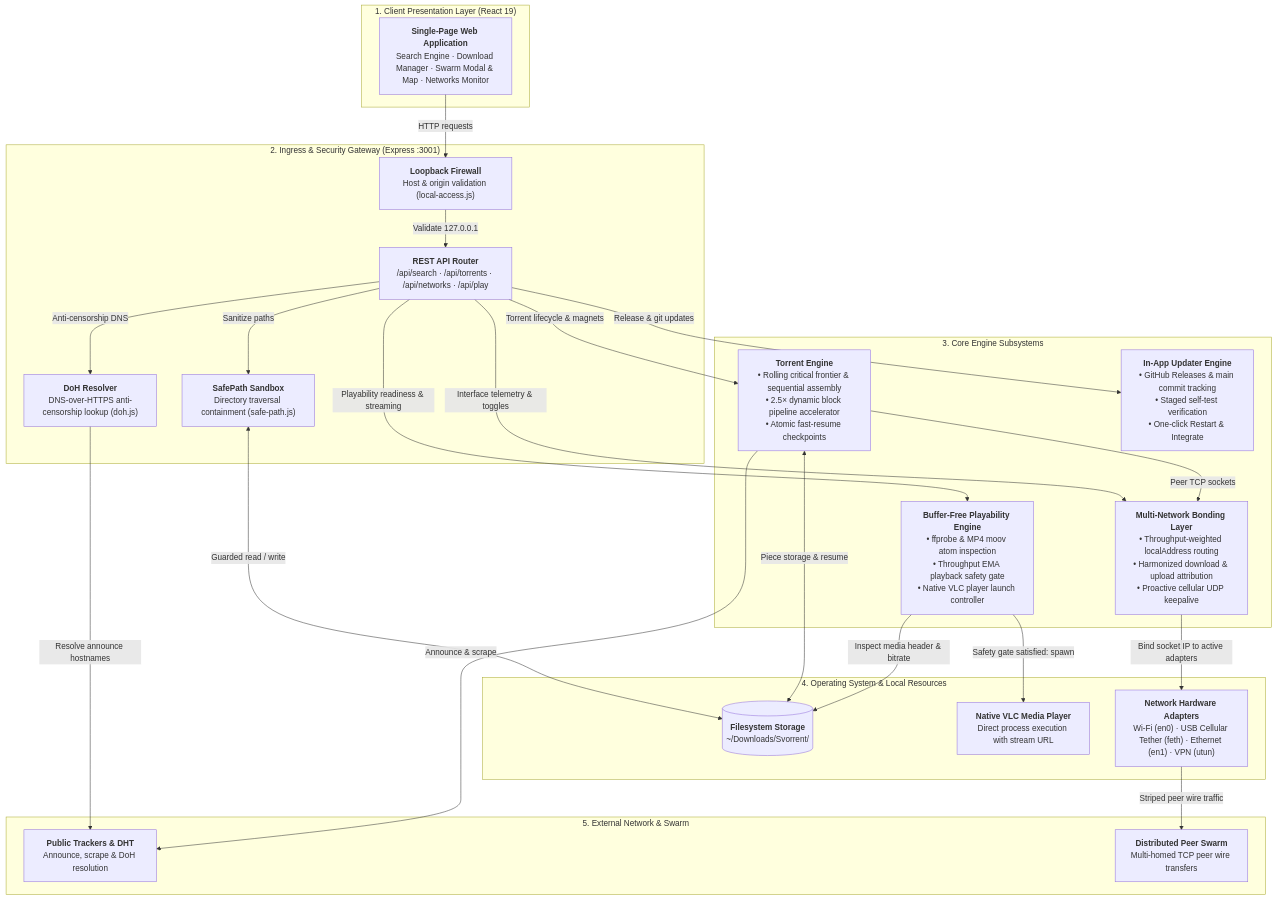
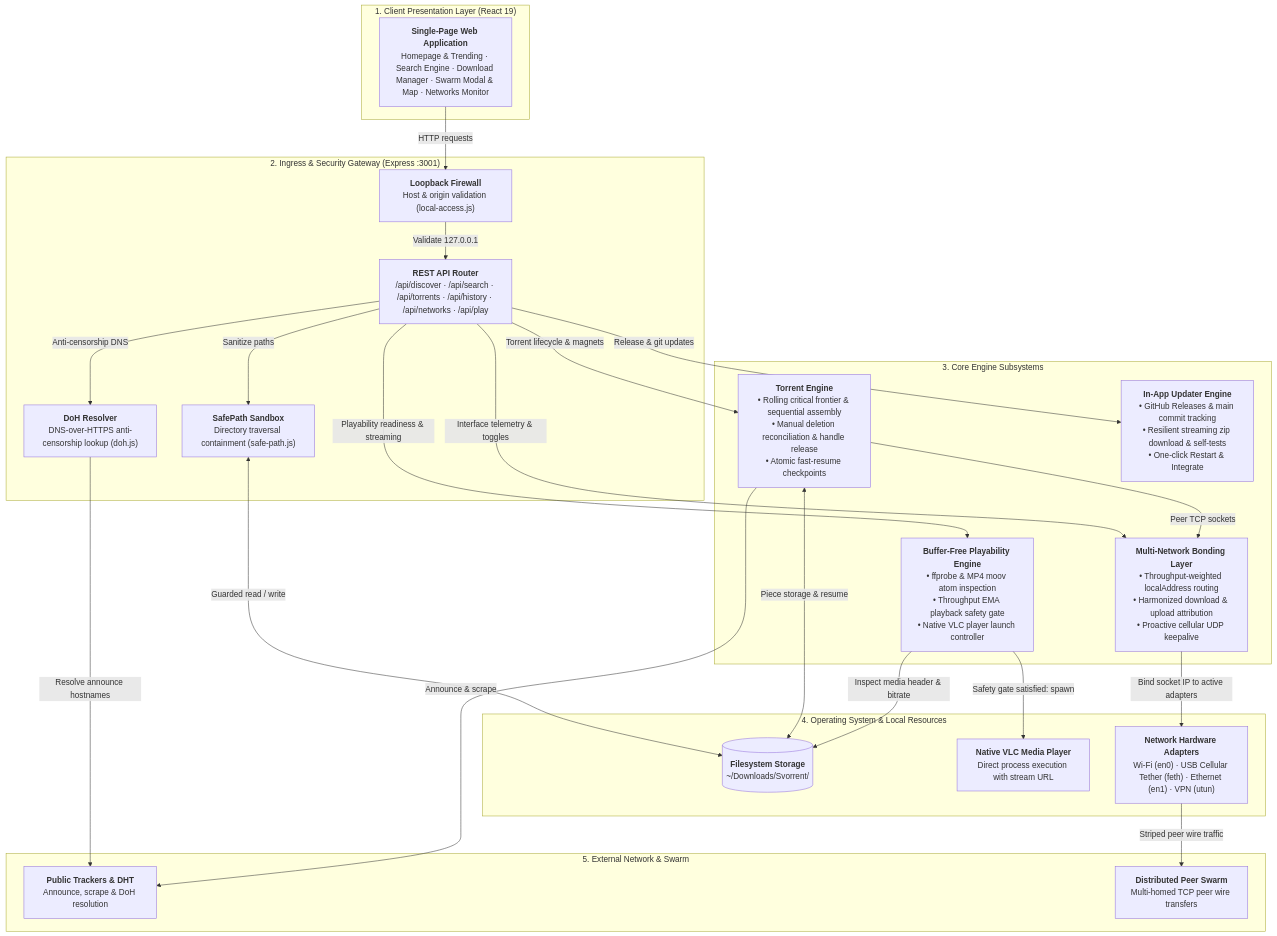
One commit to sovopr/svorrent changed the first of 2 diagrams in README.md. Above: the diagram before and after it, drawn with Mermaid. The commit also changed other lines of this file and 29 other files, not shown here.

````diff
--- a/README.md
+++ b/README.md
@@ -232,57 +251,57 @@
 ```mermaid
 flowchart TD
     subgraph Client["1. Client Presentation Layer (React 19)"]
-        UI["<b>Single-Page Web Application</b><br/>Search Engine · Download Manager · Swarm Modal & Map · Networks Monitor"]
+        UI["<b>Single-Page Web Application</b><br/>Homepage & Trending · Search Engine · Download Manager · Swarm Modal & Map · Networks Monitor"]
     end
 
     subgraph Gateway["2. Ingress & Security Gateway (Express :3001)"]
         Firewall["<b>Loopback Firewall</b><br/>Host & origin validation (local-access.js)"]
-        API["<b>REST API Router</b><br/>/api/search · /api/torrents · /api/networks · /api/play"]
+        API["<b>REST API Router</b><br/>/api/discover · /api/search · /api/torrents · /api/history · /api/networks · /api/play"]
         SafePath["<b>SafePath Sandbox</b><br/>Directory traversal containment (safe-path.js)"]
         DoH["<b>DoH Resolver</b><br/>DNS-over-HTTPS anti-censorship lookup (doh.js)"]
 
         Firewall -->|Validate 127.0.0.1| API
         API -->|Sanitize paths| SafePath
         API -->|Anti-censorship DNS| DoH
     end
 
     subgraph Core["3. Core Engine Subsystems"]
-        WT["<b>Torrent Engine</b><br/>• Rolling critical frontier & sequential assembly<br/>• 2.5× dynamic block pipeline accelerator<br/>• Atomic fast-resume checkpoints"]
+        WT["<b>Torrent Engine</b><br/>• Rolling critical frontier & sequential assembly<br/>• Manual deletion reconciliation & handle release<br/>• Atomic fast-resume checkpoints"]
         Play["<b>Buffer-Free Playability Engine</b><br/>• ffprobe & MP4 moov atom inspection<br/>• Throughput EMA playback safety gate<br/>• Native VLC player launch controller"]
         Bond["<b>Multi-Network Bonding Layer</b><br/>• Throughput-weighted localAddress routing<br/>• Harmonized download & upload attribution<br/>• Proactive cellular UDP keepalive"]
-        Updater["<b>In-App Updater Engine</b><br/>• GitHub Releases & main commit tracking<br/>• Staged self-test verification<br/>• One-click Restart & Integrate"]
+        Updater["<b>In-App Updater Engine</b><br/>• GitHub Releases & main commit tracking<br/>• Resilient streaming zip download & self-tests<br/>• One-click Restart & Integrate"]
     end
 
     subgraph OS["4. Operating System & Local Resources"]
         Disk[("<b>Filesystem Storage</b><br/>~/Downloads/Svorrent/")]
         VLC["<b>Native VLC Media Player</b><br/>Direct process execution with stream URL"]
         Nets["<b>Network Hardware Adapters</b><br/>Wi-Fi (en0) · USB Cellular Tether (feth) · Ethernet (en1) · VPN (utun)"]
     end
 
     subgraph External["5. External Network & Swarm"]
         Trackers["<b>Public Trackers & DHT</b><br/>Announce, scrape & DoH resolution"]
         Peers["<b>Distributed Peer Swarm</b><br/>Multi-homed TCP peer wire transfers"]
     end
 
     %% Inbound flow
     UI -->|HTTP requests| Firewall
 
     %% Gateway dispatches to engines
     API -->|Torrent lifecycle & magnets| WT
     API -->|Playability readiness & streaming| Play
     API -->|Interface telemetry & toggles| Bond
     API -->|Release & git updates| Updater
 
     %% Engines interactions with local resources
     SafePath <-->|Guarded read / write| Disk
     WT <-->|Piece storage & resume| Disk
     Play -->|Inspect media header & bitrate| Disk
     Play -->|Safety gate satisfied: spawn| VLC
     WT -->|Peer TCP sockets| Bond
     Bond -->|Bind socket IP to active adapters| Nets
 
     %% External connectivity
     DoH -->|Resolve announce hostnames| Trackers
     WT -->|Announce & scrape| Trackers
     Nets -->|Striped peer wire traffic| Peers
 ```
````
